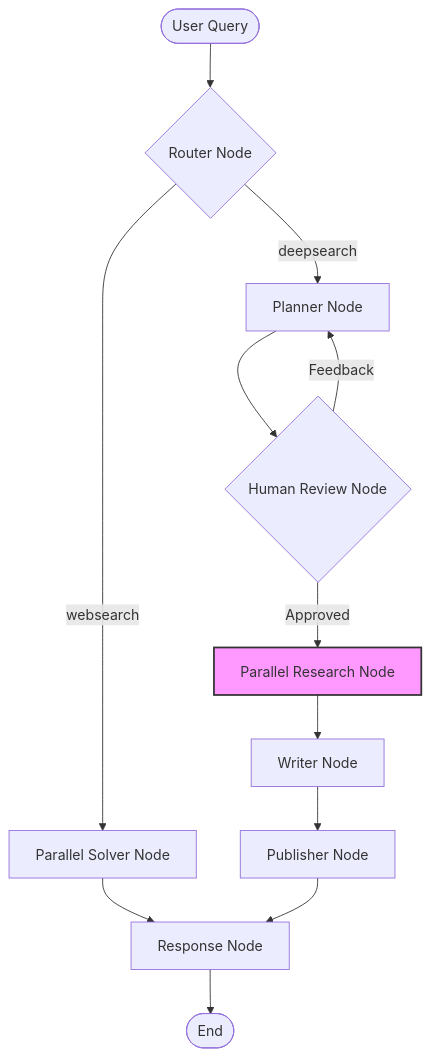
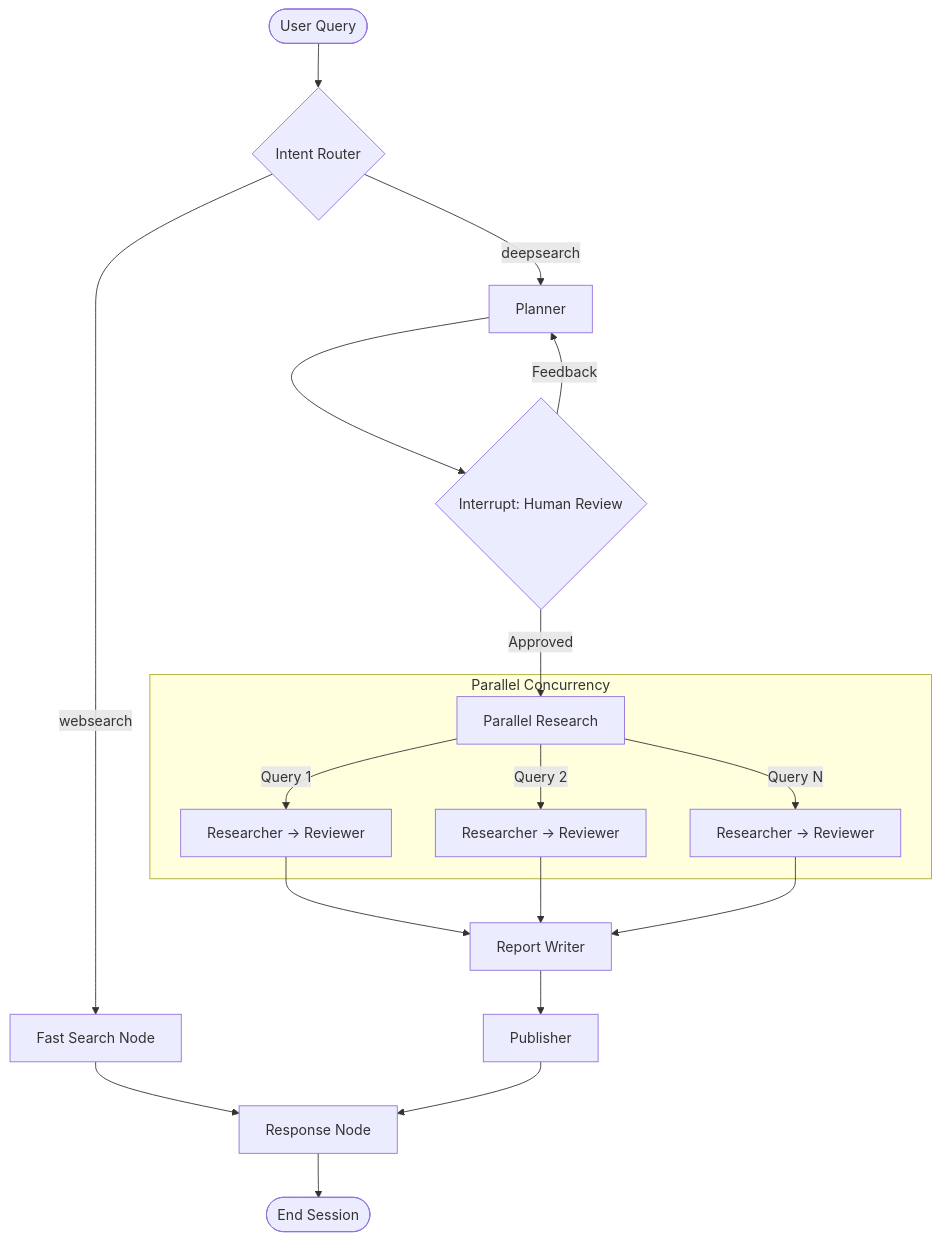
The diagram in architecture.md (wortai/deep-research-agent), drawn with Mermaid before and after one commit. The commit also changed other lines of this file and 39 other files, not shown here.

````diff
--- a/architecture.md
+++ b/architecture.md
@@ -65,21 +384,24 @@
 ```mermaid
 graph TD
-    Start([User Query]) --> Router{Router Node}
+    Start([User Query]) --> Router{Intent Router}
     
-    Router -- "websearch" --> WebSolver[Parallel Solver Node]
-    WebSolver --> Response
+    Router -- "websearch" --> Web[Fast Search Node]
+    Web --> Response
     
-    Router -- "deepsearch" --> Planner[Planner Node]
-    Planner --> HumanReview{Human Review Node}
-    
-    HumanReview -- "Approved" --> ParallelResearch[Parallel Research Node]
+    Router -- "deepsearch" --> Planner[Planner]
+    Planner --> HumanReview{Interrupt: Human Review}
+    HumanReview -- "Approved" --> ParallelResearch[Parallel Research]
     HumanReview -- "Feedback" --> Planner
     
-    ParallelResearch --> Writer[Writer Node]
-    Writer --> Publisher[Publisher Node]
+    subgraph Parallel Concurrency
+    ParallelResearch -- Query 1 --> SubGraph1[Researcher → Reviewer]
+    ParallelResearch -- Query 2 --> SubGraph2[Researcher → Reviewer]
+    ParallelResearch -- Query N --> SubGraphN[Researcher → Reviewer]
+    end
+    
+    SubGraph1 & SubGraph2 & SubGraphN --> Writer[Report Writer]
+    Writer --> Publisher[Publisher]
     Publisher --> Response[Response Node]
     
-    Response --> End([End])
-
-    style ParallelResearch fill:#f9f,stroke:#333,stroke-width:2px
+    Response --> End([End Session])
 ```
````
